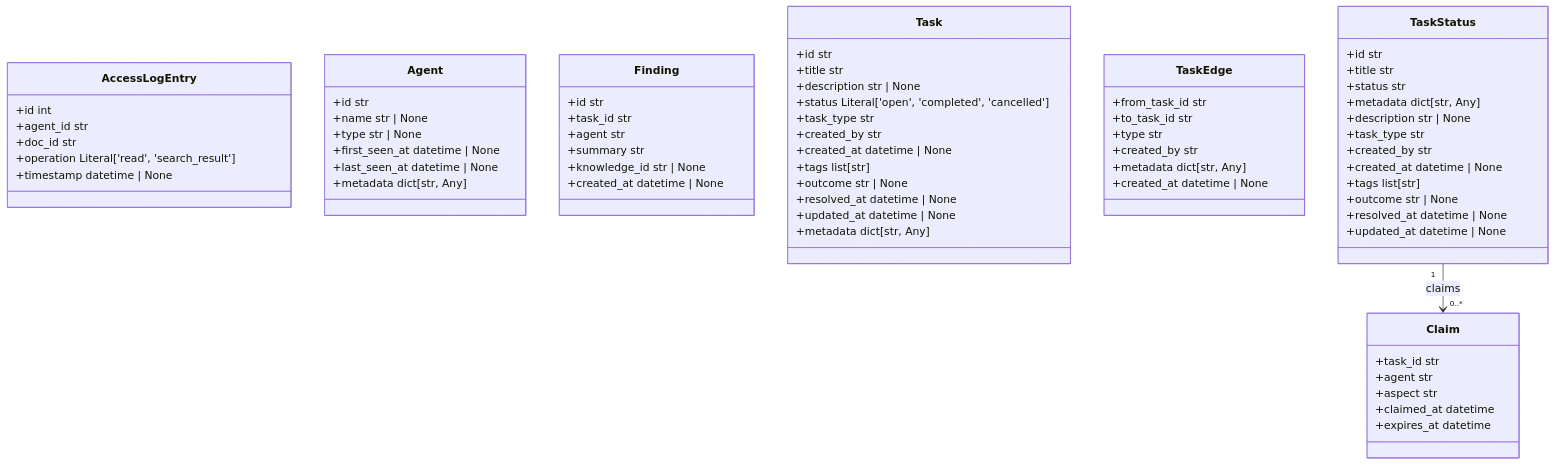
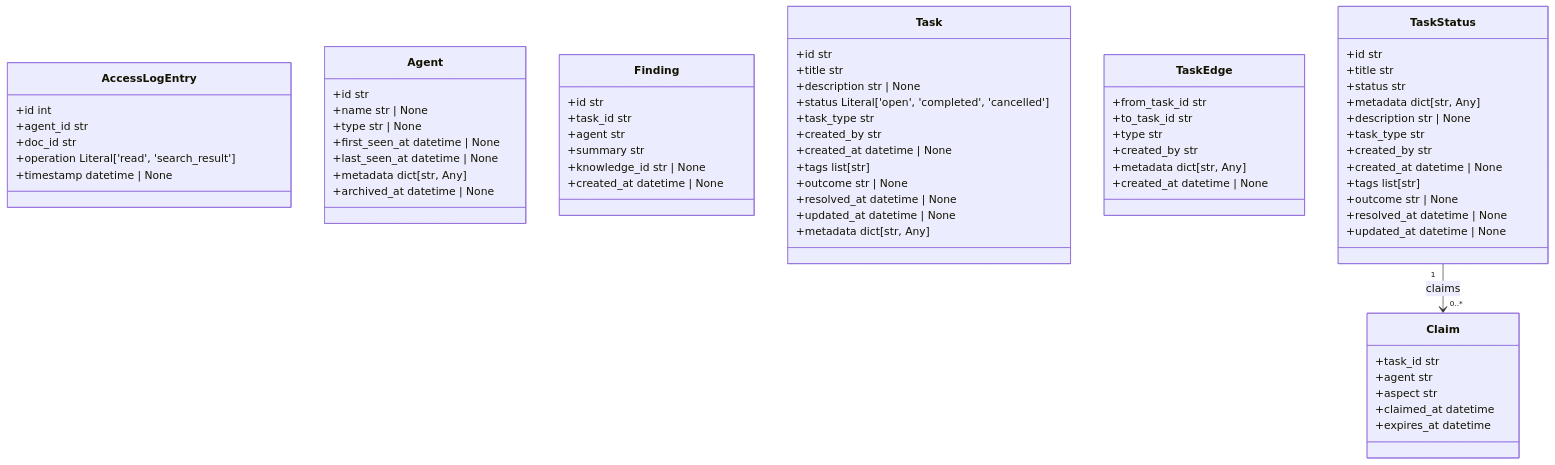
One commit to agent-lore/lithos changed the third of 9 diagrams in docs/generated/domain_model.md. Above: the diagram before and after it, drawn with Mermaid. The commit also changed 22 other files, not shown here.

````diff
--- a/docs/generated/domain_model.md
+++ b/docs/generated/domain_model.md
@@ -71,70 +71,71 @@
 ```mermaid
 classDiagram
   class AccessLogEntry {
     +id int
     +agent_id str
     +doc_id str
     +operation Literal['read', 'search_result']
     +timestamp datetime | None
   }
   class Agent {
     +id str
     +name str | None
     +type str | None
     +first_seen_at datetime | None
     +last_seen_at datetime | None
     +metadata dict[str, Any]
+    +archived_at datetime | None
   }
   class Claim {
     +task_id str
     +agent str
     +aspect str
     +claimed_at datetime
     +expires_at datetime
   }
   class Finding {
     +id str
     +task_id str
     +agent str
     +summary str
     +knowledge_id str | None
     +created_at datetime | None
   }
   class Task {
     +id str
     +title str
     +description str | None
     +status Literal['open', 'completed', 'cancelled']
     +task_type str
     +created_by str
     +created_at datetime | None
     +tags list[str]
     +outcome str | None
     +resolved_at datetime | None
     +updated_at datetime | None
     +metadata dict[str, Any]
   }
   class TaskEdge {
     +from_task_id str
     +to_task_id str
     +type str
     +created_by str
     +metadata dict[str, Any]
     +created_at datetime | None
   }
   class TaskStatus {
     +id str
     +title str
     +status str
     +metadata dict[str, Any]
     +description str | None
     +task_type str
     +created_by str
     +created_at datetime | None
     +tags list[str]
     +outcome str | None
     +resolved_at datetime | None
     +updated_at datetime | None
   }
   TaskStatus "1" --> "0..*" Claim : claims
 ```
````
